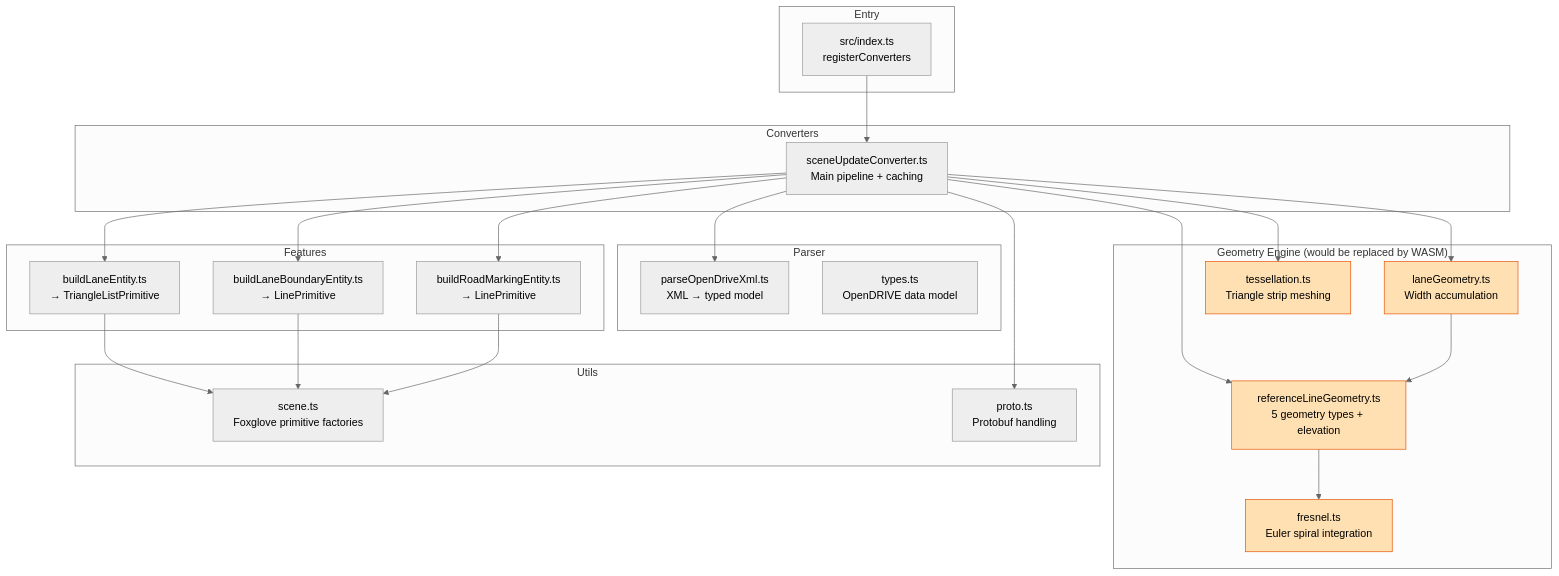
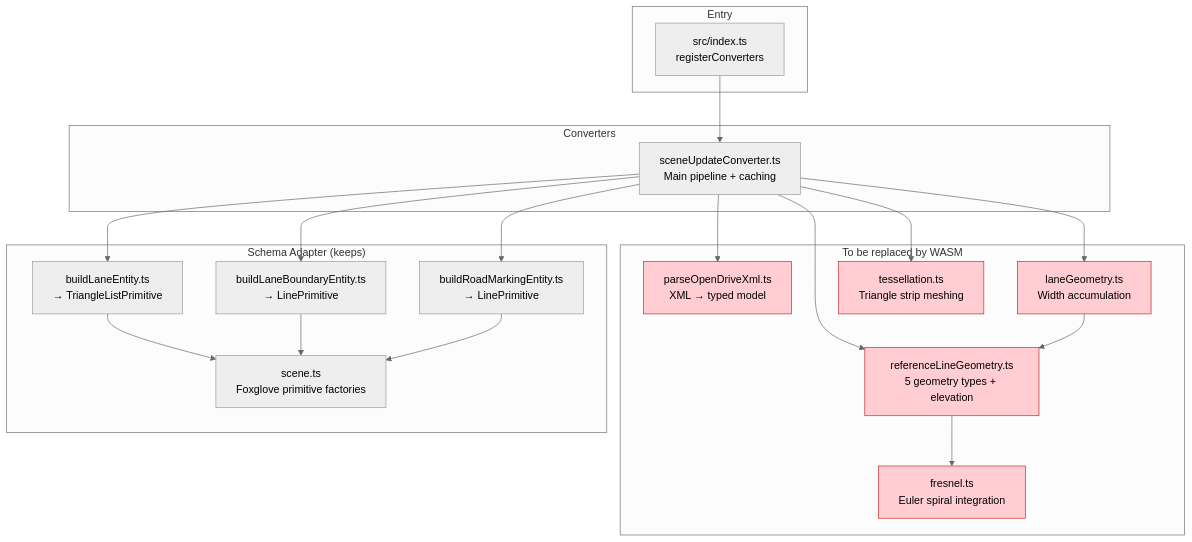
Before and after one commit to lichtblick-suite/asam-opendrive-converter: the third of 3 diagrams in docs/architecture/overview.md, drawn with Mermaid (neutral theme). The commit also changed other lines of this file and 11 other files, not shown here.

First line of the commit message:
feat: add libOpenDRIVE WASM integration with 2-phase cached build

````diff
--- a/docs/architecture/overview.md
+++ b/docs/architecture/overview.md
@@ -131,53 +106,45 @@
 ```mermaid
 graph TD
     subgraph Entry
         INDEX[src/index.ts<br/>registerConverters]
     end
 
     subgraph Converters
         CONV[sceneUpdateConverter.ts<br/>Main pipeline + caching]
     end
 
-    subgraph Parser
+    subgraph "To be replaced by WASM"
         PARSE[parseOpenDriveXml.ts<br/>XML → typed model]
-        TYPES[types.ts<br/>OpenDRIVE data model]
-    end
-
-    subgraph "Geometry Engine (would be replaced by WASM)"
         REF[referenceLineGeometry.ts<br/>5 geometry types + elevation]
         FRES[fresnel.ts<br/>Euler spiral integration]
         LANE[laneGeometry.ts<br/>Width accumulation]
         TESS[tessellation.ts<br/>Triangle strip meshing]
     end
 
-    subgraph Features
+    subgraph "Schema Adapter (keeps)"
         FL[buildLaneEntity.ts<br/>→ TriangleListPrimitive]
         FB[buildLaneBoundaryEntity.ts<br/>→ LinePrimitive]
         FM[buildRoadMarkingEntity.ts<br/>→ LinePrimitive]
-    end
-
-    subgraph Utils
         SCENE_U[scene.ts<br/>Foxglove primitive factories]
-        PROTO[proto.ts<br/>Protobuf handling]
     end
 
     INDEX --> CONV
     CONV --> PARSE
     CONV --> REF
     CONV --> LANE
     CONV --> TESS
     CONV --> FL
     CONV --> FB
     CONV --> FM
     REF --> FRES
     LANE --> REF
     FL --> SCENE_U
     FB --> SCENE_U
     FM --> SCENE_U
-    CONV --> PROTO
 
-    style REF fill:#ffe0b2,stroke:#e65100
-    style FRES fill:#ffe0b2,stroke:#e65100
-    style LANE fill:#ffe0b2,stroke:#e65100
-    style TESS fill:#ffe0b2,stroke:#e65100
+    style PARSE fill:#ffcdd2,stroke:#c62828
+    style REF fill:#ffcdd2,stroke:#c62828
+    style FRES fill:#ffcdd2,stroke:#c62828
+    style LANE fill:#ffcdd2,stroke:#c62828
+    style TESS fill:#ffcdd2,stroke:#c62828
 ```
````
